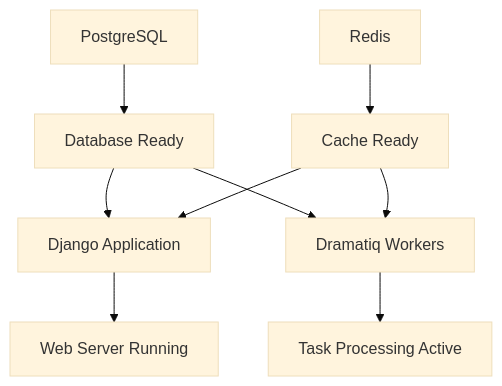
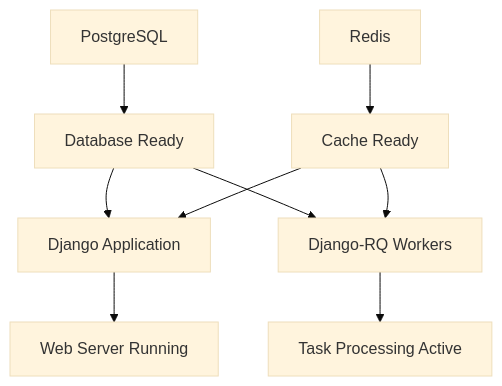
The diagram in docs/guides/docker/production.md (markolofsen/django-cfg), drawn with Mermaid (base theme) before and after one commit. The commit also changed other lines of this file and 572 other files, not shown here.

````diff
--- a/docs/guides/docker/production.md
+++ b/docs/guides/docker/production.md
@@ -326,11 +326,11 @@
 ```mermaid
 graph TD
     A[PostgreSQL] --> B[Database Ready]
     C[Redis] --> D[Cache Ready]
     B --> E[Django Application]
     D --> E
     E --> F[Web Server Running]
-    B --> G[Dramatiq Workers]
+    B --> G[Django-RQ Workers]
     D --> G
     G --> H[Task Processing Active]
 ```
````
